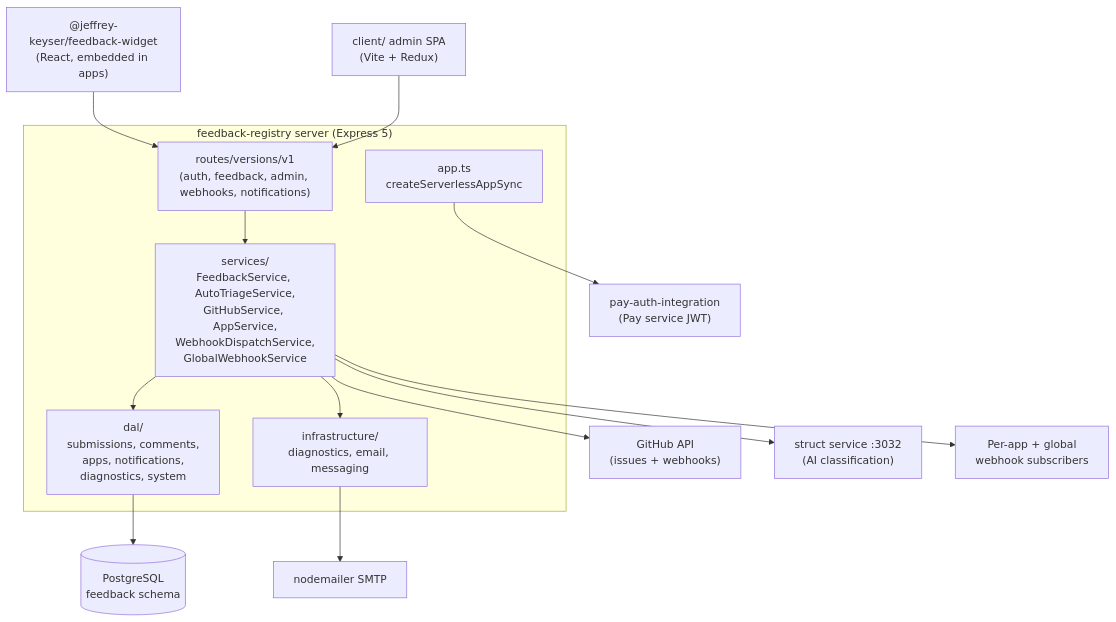
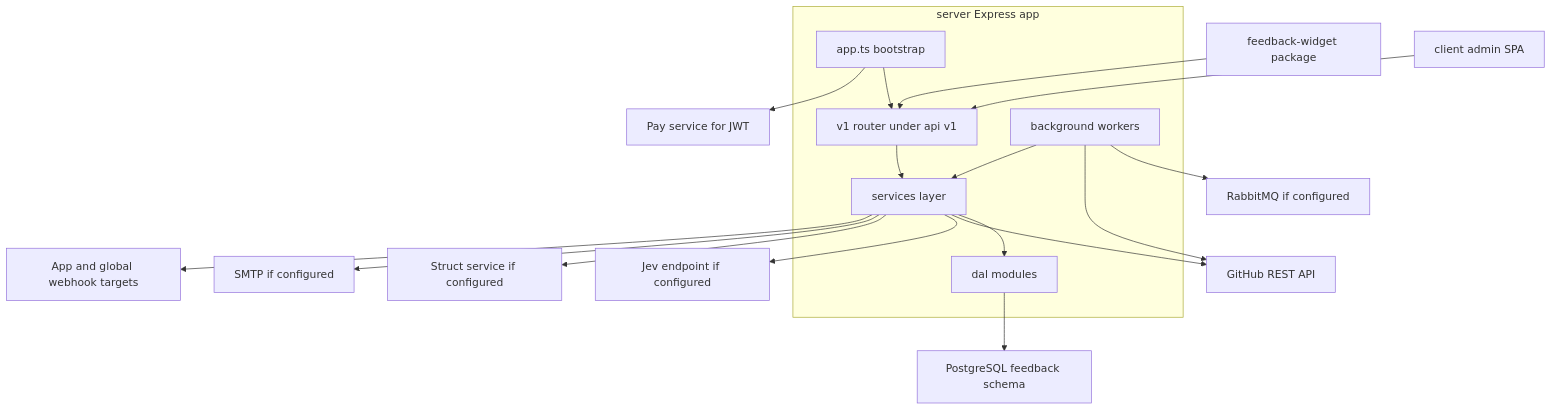
The diagram in content/repos/Jeffrey-Keyser-feedback-registry/Architecture.md (Jeffrey-Keyser/project-wiki), drawn with Mermaid before and after one commit. The commit also changed other lines of this file and 150 other files, not shown here.

````diff
--- a/content/repos/Jeffrey-Keyser-feedback-registry/Architecture.md
+++ b/content/repos/Jeffrey-Keyser-feedback-registry/Architecture.md
@@ -12,32 +12,35 @@
 ```mermaid
 flowchart TD
-  Widget["@jeffrey-keyser/feedback-widget<br/>(React, embedded in apps)"]
-  Client["client/ admin SPA<br/>(Vite + Redux)"]
-
-  subgraph API["feedback-registry server (Express 5)"]
-    App["app.ts<br/>createServerlessAppSync"]
-    V1["routes/versions/v1<br/>(auth, feedback, admin, webhooks, notifications)"]
-    Svc["services/<br/>FeedbackService, AutoTriageService,<br/>GitHubService, AppService,<br/>WebhookDispatchService,<br/>GlobalWebhookService"]
-    DAL["dal/<br/>submissions, comments,<br/>apps, notifications,<br/>diagnostics, system"]
-    Infra["infrastructure/<br/>diagnostics, email, messaging"]
+  Widget["feedback-widget package"]
+  Client["client admin SPA"]
+  subgraph Server["server Express app"]
+    App["app.ts bootstrap"]
+    V1["v1 router under api v1"]
+    Svc["services layer"]
+    Dal["dal modules"]
+    Bg["background workers"]
   end
-
-  PG[("PostgreSQL<br/>feedback schema")]
-  Pay["pay-auth-integration<br/>(Pay service JWT)"]
-  GH["GitHub API<br/>(issues + webhooks)"]
-  Struct["struct service :3032<br/>(AI classification)"]
-  SMTP["nodemailer SMTP"]
-  Hooks["Per-app + global<br/>webhook subscribers"]
-
+  PG["PostgreSQL feedback schema"]
+  Pay["Pay service for JWT"]
+  GH["GitHub REST API"]
+  Jev["Jev endpoint if configured"]
+  Struct["Struct service if configured"]
+  SMTP["SMTP if configured"]
+  MQ["RabbitMQ if configured"]
+  Hook["App and global webhook targets"]
   Widget --> V1
   Client --> V1
+  App --> V1
+  App --> Pay
   V1 --> Svc
-  Svc --> DAL
-  DAL --> PG
-  Svc --> Infra
-  Infra --> SMTP
-  App --> Pay
+  Svc --> Dal
+  Dal --> PG
   Svc --> GH
+  Svc --> Jev
   Svc --> Struct
-  Svc --> Hooks
+  Svc --> SMTP
+  Svc --> Hook
+  Bg --> MQ
+  Bg --> GH
+  Bg --> Svc
 ```
````
